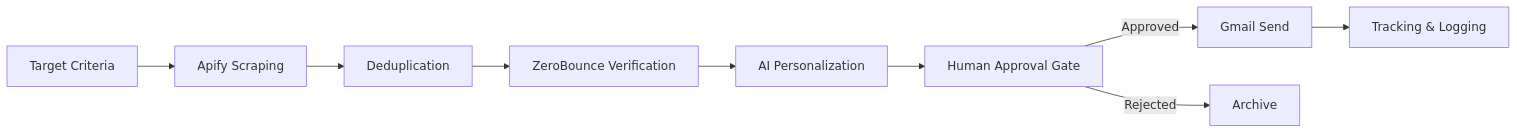
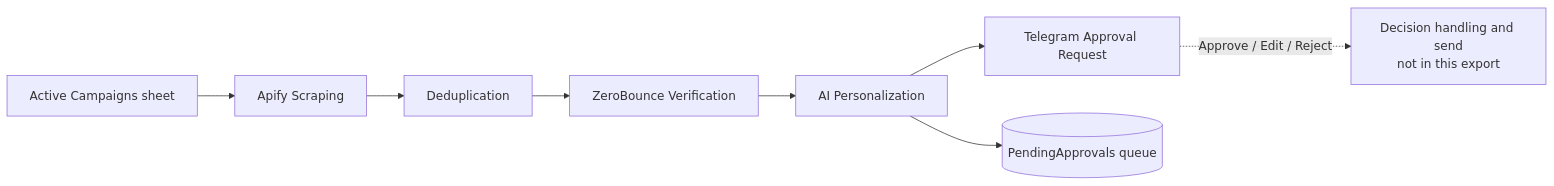
The first of 3 diagrams in lead-generation-system/architecture.md (khaledabdelaziz1330-dot/Khaled-AI-Automation-Portfolio), drawn with Mermaid before and after one commit. The commit also changed other lines of this file and 50 other files, not shown here.

````diff
--- a/lead-generation-system/architecture.md
+++ b/lead-generation-system/architecture.md
@@ -9,11 +11,10 @@
 ```mermaid
 flowchart LR
-    A[Target Criteria] --> B[Apify Scraping]
+    A[Active Campaigns sheet] --> B[Apify Scraping]
     B --> C[Deduplication]
     C --> D[ZeroBounce Verification]
     D --> E[AI Personalization]
-    E --> F[Human Approval Gate]
-    F -->|Approved| G[Gmail Send]
-    F -->|Rejected| H[Archive]
-    G --> I[Tracking & Logging]
+    E --> F[Telegram Approval Request]
+    E --> G[(PendingApprovals queue)]
+    F -.->|Approve / Edit / Reject| H["Decision handling and send<br/>not in this export"]
 ```
````
